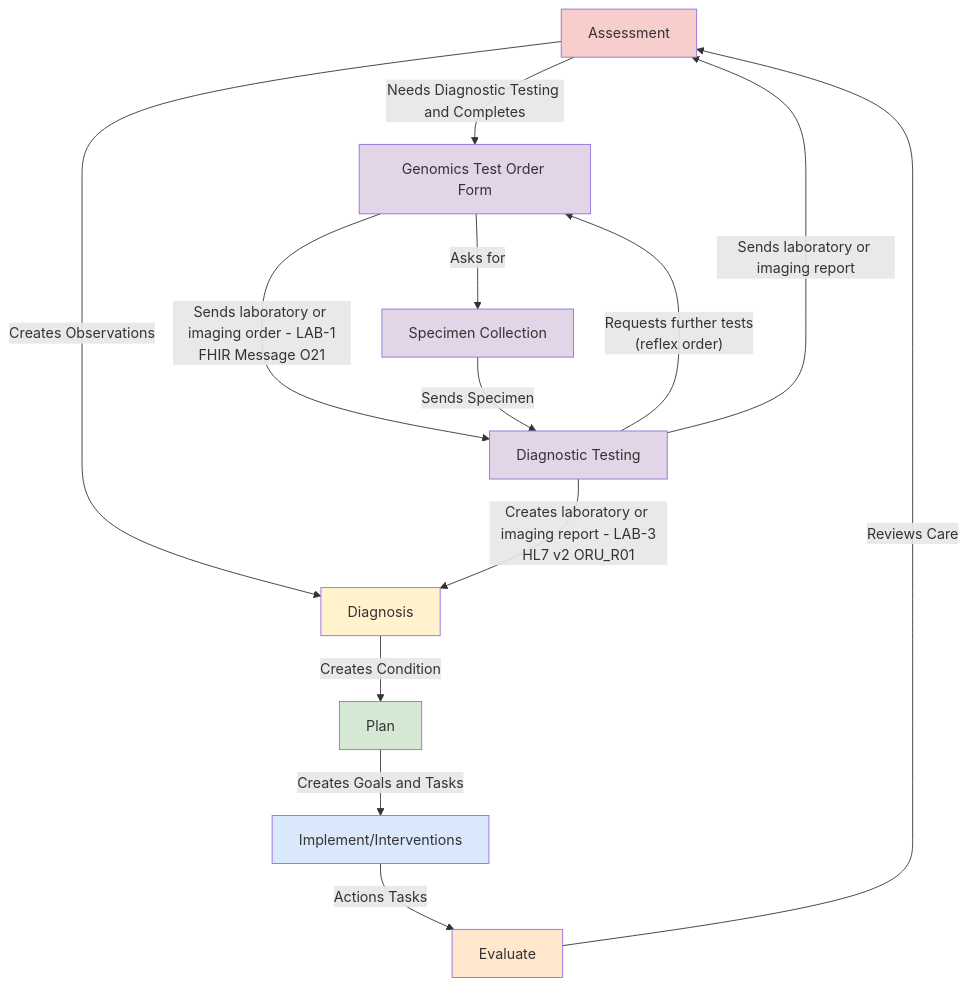
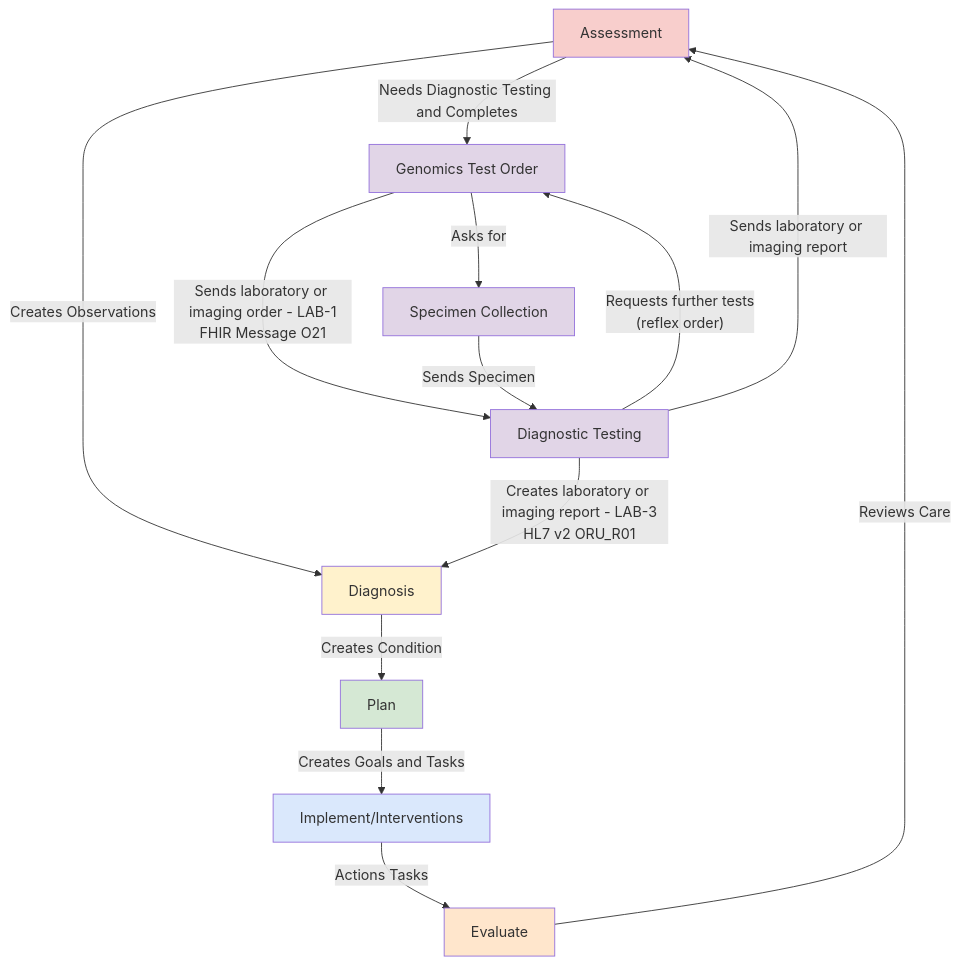
The first of 4 diagrams in input/pagecontent/index.md (uk-gov-mirror/nw-gmsa.nw-gmsa.github.com), drawn with Mermaid before and after one commit. The commit also changed other lines of this file, not shown here.

````diff
--- a/input/pagecontent/index.md
+++ b/input/pagecontent/index.md
@@ -15,36 +15,36 @@
 ```mermaid
 graph TD;
 
     A[Assessment]-->|Creates Observations| B;
     A--> |Needs Diagnostic Testing and Completes| T;
     B[Diagnosis]-->|Creates Condition| C;
-    T[Genomics Test Order Form]--> |"Sends laboratory or imaging order - LAB-1<br/>FHIR Message O21"| AN;
+    T[Genomics Test Order]--> |"Sends laboratory or imaging order - LAB-1<br/>FHIR Message O21"| AN;
     T --> |Asks for| S
     S[Specimen Collection] --> |Sends Specimen| AN;
     AN["Diagnostic Testing"] --> |"Requests further tests <br/>(reflex order)"| T;
     AN --> |"Creates laboratory or imaging report - LAB-3<br/>HL7 v2 ORU_R01"| B;
     AN --> |Sends laboratory or imaging report| A;
     C[Plan]-->|Creates Goals and Tasks| D;
     D[Implement/Interventions]-->|Actions Tasks| E;
     E[Evaluate]--> |Reviews Care| A;
     
     click T Questionnaire-GenomicTestOrder.html
     click AN Questionnaire-GenomicTestReport.html
     click S ExampleScenario-BiopsyProcedure.html
 
     classDef purple fill:#E1D5E7;
 
     classDef yellow fill:#FFF2CC;
     classDef pink fill:#F8CECC
     classDef green fill:#D5E8D4;
     classDef blue fill:#DAE8FC;
     classDef orange fill:#FFE6CC;
 
     class A pink
     class B yellow
     class C green
     class D blue
     class E orange
 
     class O,S,T,AN purple
 ```
````
